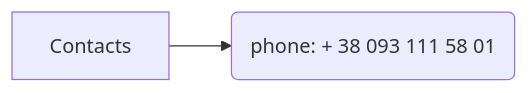
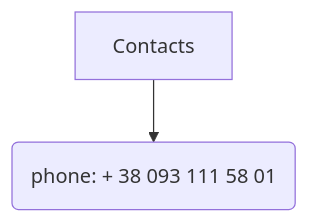
The diagram in cv.md (marakoris2022/rsschool-cv), drawn with Mermaid before and after one commit.

````diff
--- a/cv.md
+++ b/cv.md
@@ -2,4 +2,4 @@
 ```mermaid
-graph LR
+graph TD;
 A[Contacts] --> B(phone: + 38 093 111 58 01)
 ```
````
